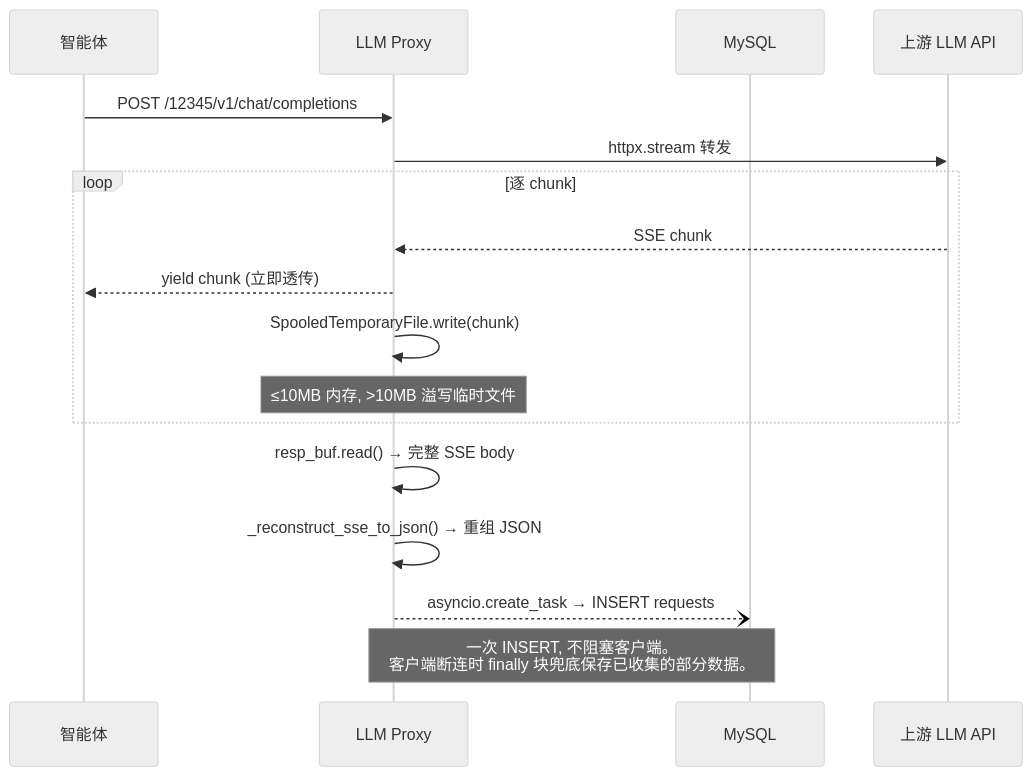
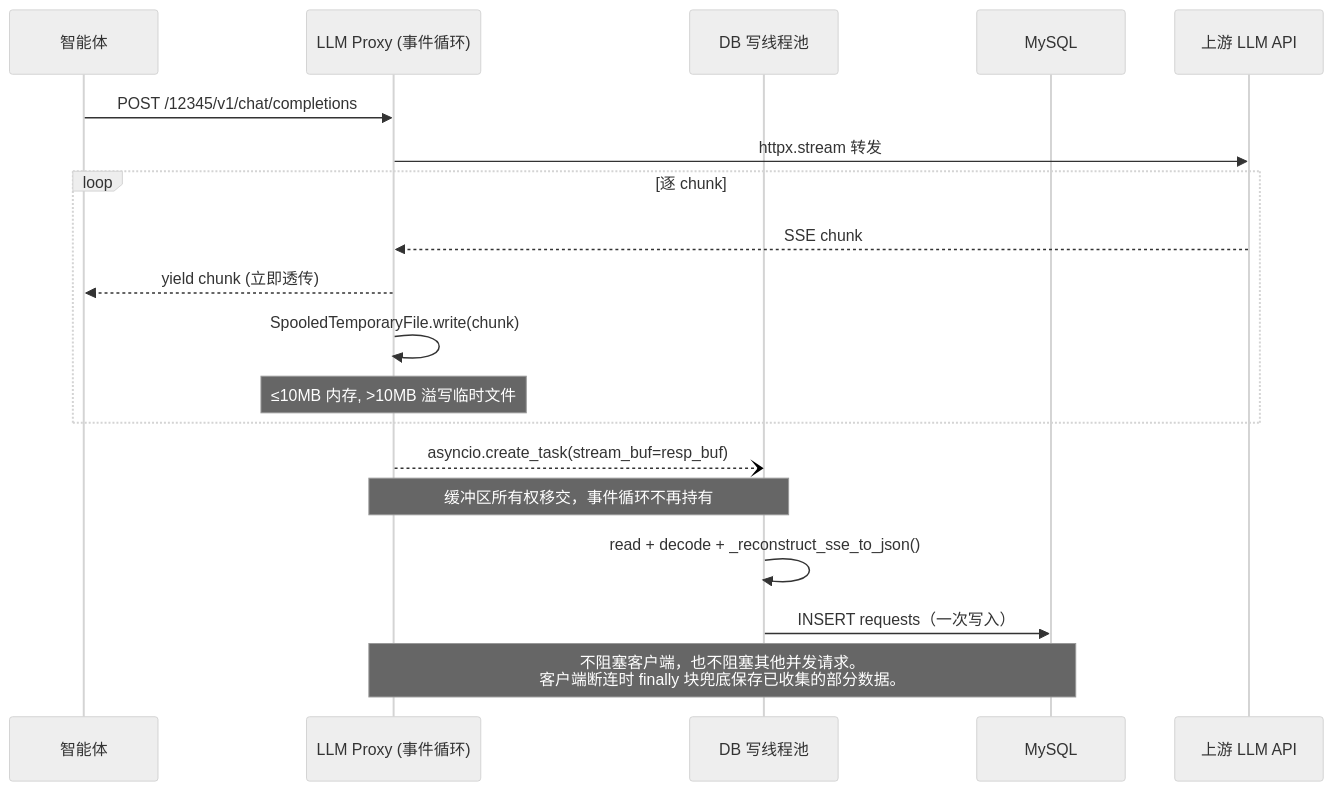
One commit to HaoCheng-Wang/llm-proxy changed the tenth of 31 diagrams in README.md. Above: the diagram before and after it, drawn with Mermaid (neutral theme). The commit also changed other lines of this file and 9 other files, not shown here.

````diff
--- a/README.md
+++ b/README.md
@@ -844,22 +850,24 @@
 ```mermaid
 sequenceDiagram
     participant C as 智能体
-    participant P as LLM Proxy
+    participant P as LLM Proxy (事件循环)
+    participant T as DB 写线程池
     participant D as MySQL
     participant U as 上游 LLM API
 
     C->>P: POST /12345/v1/chat/completions
     P->>U: httpx.stream 转发
 
     loop 逐 chunk
         U-->>P: SSE chunk
         P-->>C: yield chunk (立即透传)
         P->>P: SpooledTemporaryFile.write(chunk)
         Note over P: ≤10MB 内存, >10MB 溢写临时文件
     end
 
-    P->>P: resp_buf.read() → 完整 SSE body
-    P->>P: _reconstruct_sse_to_json() → 重组 JSON
-    P--)D: asyncio.create_task → INSERT requests
-    Note over P,D: 一次 INSERT, 不阻塞客户端。<br/>客户端断连时 finally 块兜底保存已收集的部分数据。
+    P--)T: asyncio.create_task(stream_buf=resp_buf)
+    Note over P,T: 缓冲区所有权移交，事件循环不再持有
+    T->>T: read + decode + _reconstruct_sse_to_json()
+    T->>D: INSERT requests（一次写入）
+    Note over P,D: 不阻塞客户端，也不阻塞其他并发请求。<br/>客户端断连时 finally 块兜底保存已收集的部分数据。
 ```
````
